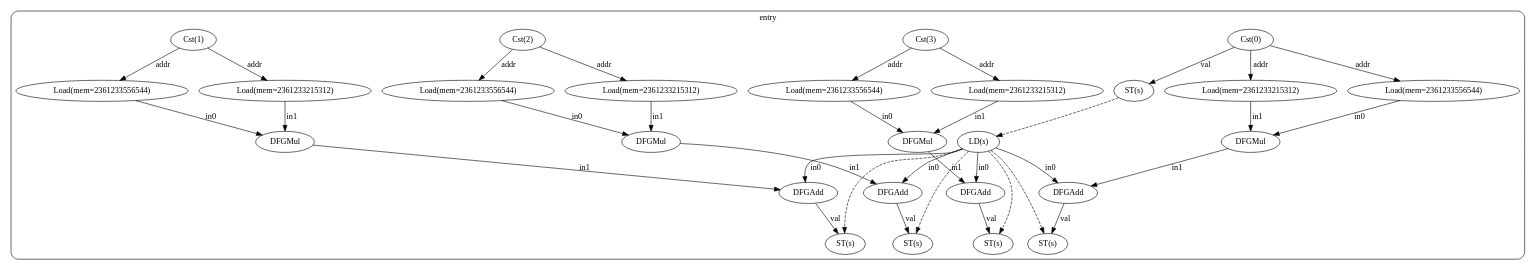
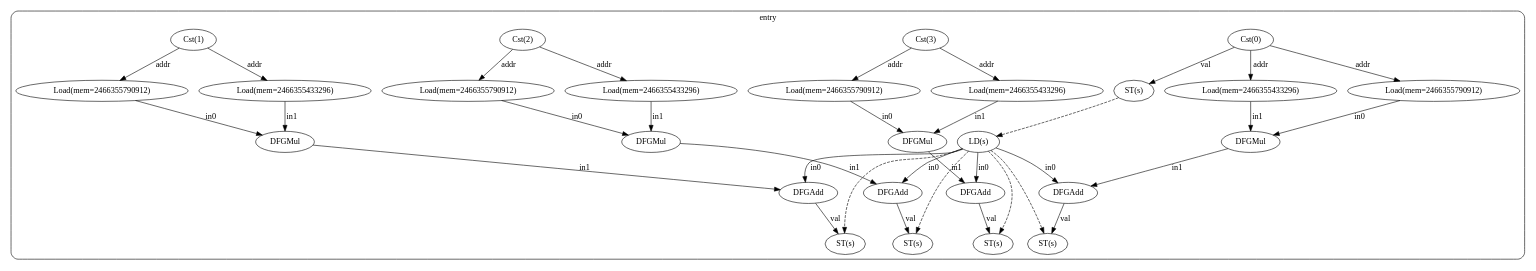
The diagram in test23/cfg_with_dfg.dot (ma-carrillo/High-level-synthesis-assignment), drawn with Graphviz before and after one commit. The commit also changed 15 other files, not shown here.

```diff
--- a/test23/cfg_with_dfg.dot
+++ b/test23/cfg_with_dfg.dot
@@ -1,67 +1,67 @@
 digraph "cfg" {
   compound=true;
   subgraph "cluster_bb0" {
     label="entry";
     style=rounded;
     bb0_n0 [label="Cst(0)"];
     bb0_n1 [label="ST(s)"];
     bb0_n2 [label="LD(s)"];
-    bb0_n3 [label="Load(mem=2361233556544)"];
-    bb0_n4 [label="Load(mem=2361233215312)"];
+    bb0_n3 [label="Load(mem=2466355790912)"];
+    bb0_n4 [label="Load(mem=2466355433296)"];
     bb0_n5 [label="DFGMul"];
     bb0_n6 [label="DFGAdd"];
     bb0_n7 [label="ST(s)"];
     bb0_n9 [label="Cst(1)"];
-    bb0_n10 [label="Load(mem=2361233556544)"];
-    bb0_n11 [label="Load(mem=2361233215312)"];
+    bb0_n10 [label="Load(mem=2466355790912)"];
+    bb0_n11 [label="Load(mem=2466355433296)"];
     bb0_n12 [label="DFGMul"];
     bb0_n13 [label="DFGAdd"];
     bb0_n14 [label="ST(s)"];
     bb0_n16 [label="Cst(2)"];
-    bb0_n17 [label="Load(mem=2361233556544)"];
-    bb0_n18 [label="Load(mem=2361233215312)"];
+    bb0_n17 [label="Load(mem=2466355790912)"];
+    bb0_n18 [label="Load(mem=2466355433296)"];
     bb0_n19 [label="DFGMul"];
     bb0_n20 [label="DFGAdd"];
     bb0_n21 [label="ST(s)"];
     bb0_n23 [label="Cst(3)"];
-    bb0_n24 [label="Load(mem=2361233556544)"];
-    bb0_n25 [label="Load(mem=2361233215312)"];
+    bb0_n24 [label="Load(mem=2466355790912)"];
+    bb0_n25 [label="Load(mem=2466355433296)"];
     bb0_n26 [label="DFGMul"];
     bb0_n27 [label="DFGAdd"];
     bb0_n28 [label="ST(s)"];
     bb0_n0 -> bb0_n1 [label="val"];
     bb0_n0 -> bb0_n3 [label="addr"];
     bb0_n0 -> bb0_n4 [label="addr"];
     bb0_n1 -> bb0_n2 [style="dashed"];
     bb0_n2 -> bb0_n6 [label="in0"];
     bb0_n2 -> bb0_n7 [style="dashed"];
     bb0_n2 -> bb0_n13 [label="in0"];
     bb0_n2 -> bb0_n14 [style="dashed"];
     bb0_n2 -> bb0_n20 [label="in0"];
     bb0_n2 -> bb0_n21 [style="dashed"];
     bb0_n2 -> bb0_n27 [label="in0"];
     bb0_n2 -> bb0_n28 [style="dashed"];
     bb0_n3 -> bb0_n5 [label="in0"];
     bb0_n4 -> bb0_n5 [label="in1"];
     bb0_n5 -> bb0_n6 [label="in1"];
     bb0_n6 -> bb0_n7 [label="val"];
     bb0_n9 -> bb0_n10 [label="addr"];
     bb0_n9 -> bb0_n11 [label="addr"];
     bb0_n10 -> bb0_n12 [label="in0"];
     bb0_n11 -> bb0_n12 [label="in1"];
     bb0_n12 -> bb0_n13 [label="in1"];
     bb0_n13 -> bb0_n14 [label="val"];
     bb0_n16 -> bb0_n17 [label="addr"];
     bb0_n16 -> bb0_n18 [label="addr"];
     bb0_n17 -> bb0_n19 [label="in0"];
     bb0_n18 -> bb0_n19 [label="in1"];
     bb0_n19 -> bb0_n20 [label="in1"];
     bb0_n20 -> bb0_n21 [label="val"];
     bb0_n23 -> bb0_n24 [label="addr"];
     bb0_n23 -> bb0_n25 [label="addr"];
     bb0_n24 -> bb0_n26 [label="in0"];
     bb0_n25 -> bb0_n26 [label="in1"];
     bb0_n26 -> bb0_n27 [label="in1"];
     bb0_n27 -> bb0_n28 [label="val"];
   }
 }
```
